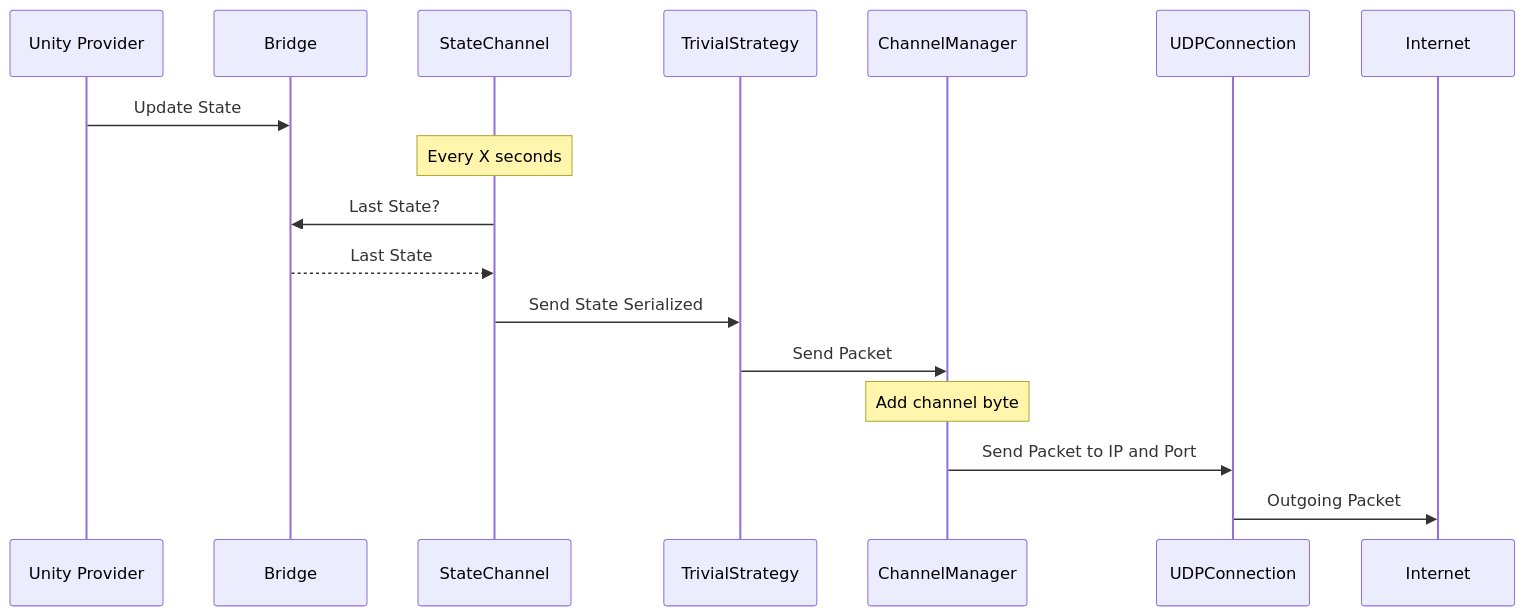
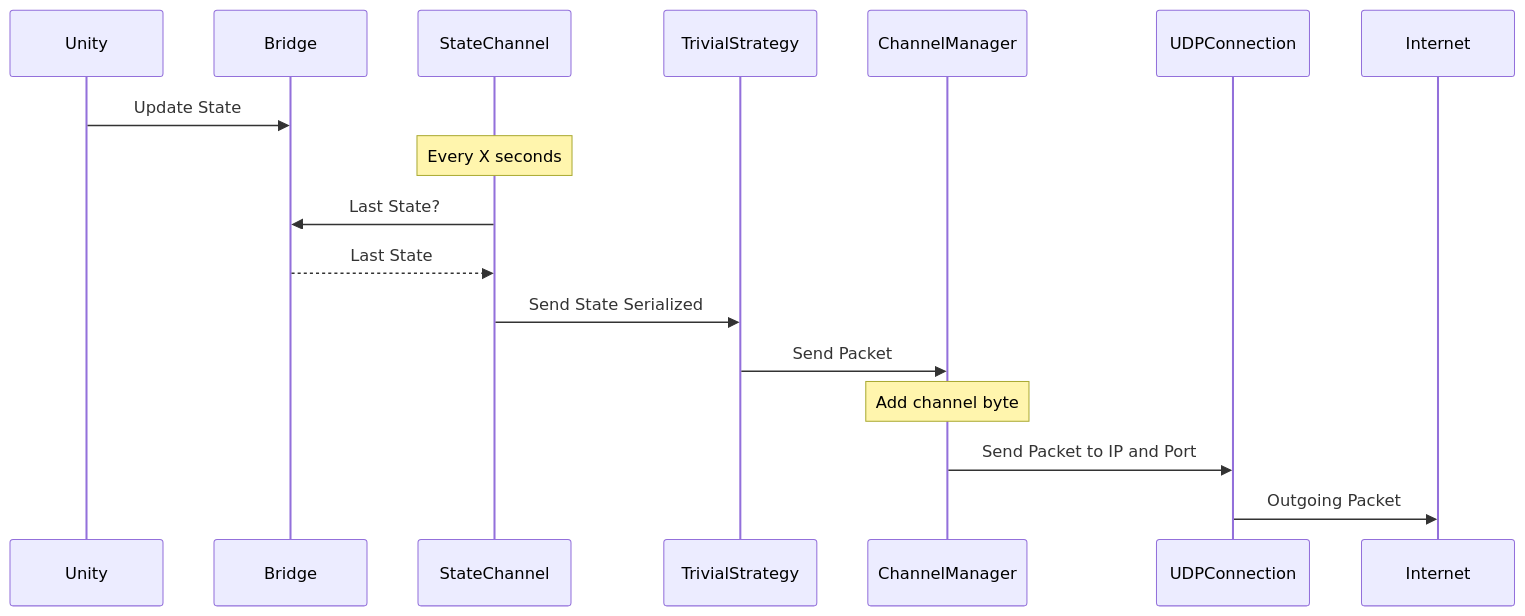
The first of 4 diagrams in README.md (julianrod94/Videojuegos-Avanzados), drawn with Mermaid before and after one commit. The commit also changed other lines of this file, not shown here.

````diff
--- a/README.md
+++ b/README.md
@@ -1,12 +56,12 @@
 ```mermaid
 sequenceDiagram
-Unity Provider ->> Bridge: Update State
+Unity ->> Bridge: Update State
 Note over StateChannel: Every X seconds
 StateChannel ->> Bridge: Last State?
 Bridge -->> StateChannel : Last State
 StateChannel ->> TrivialStrategy: Send State Serialized
 TrivialStrategy ->> ChannelManager: Send Packet
 Note over ChannelManager: Add channel byte
 ChannelManager ->> UDPConnection: Send Packet to IP and Port
 UDPConnection ->> Internet: Outgoing Packet
 ```
````
